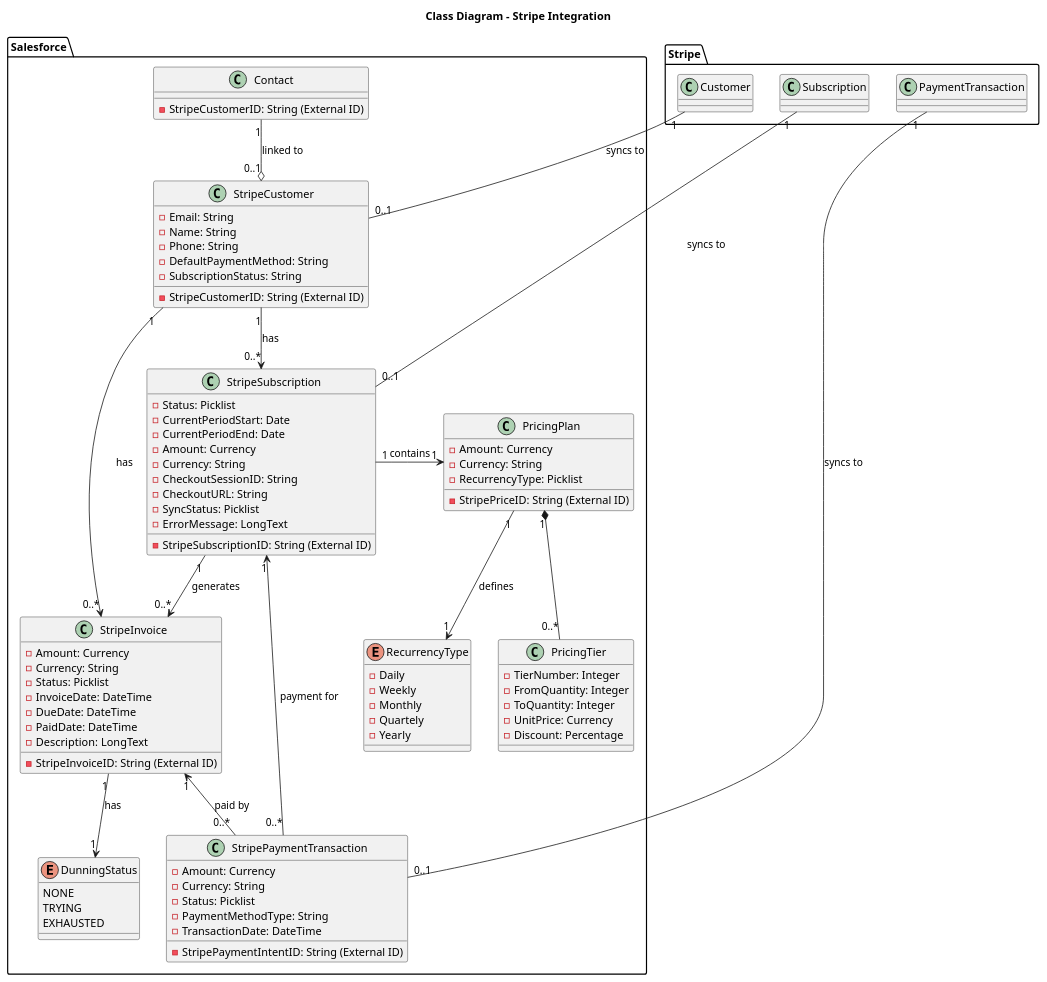
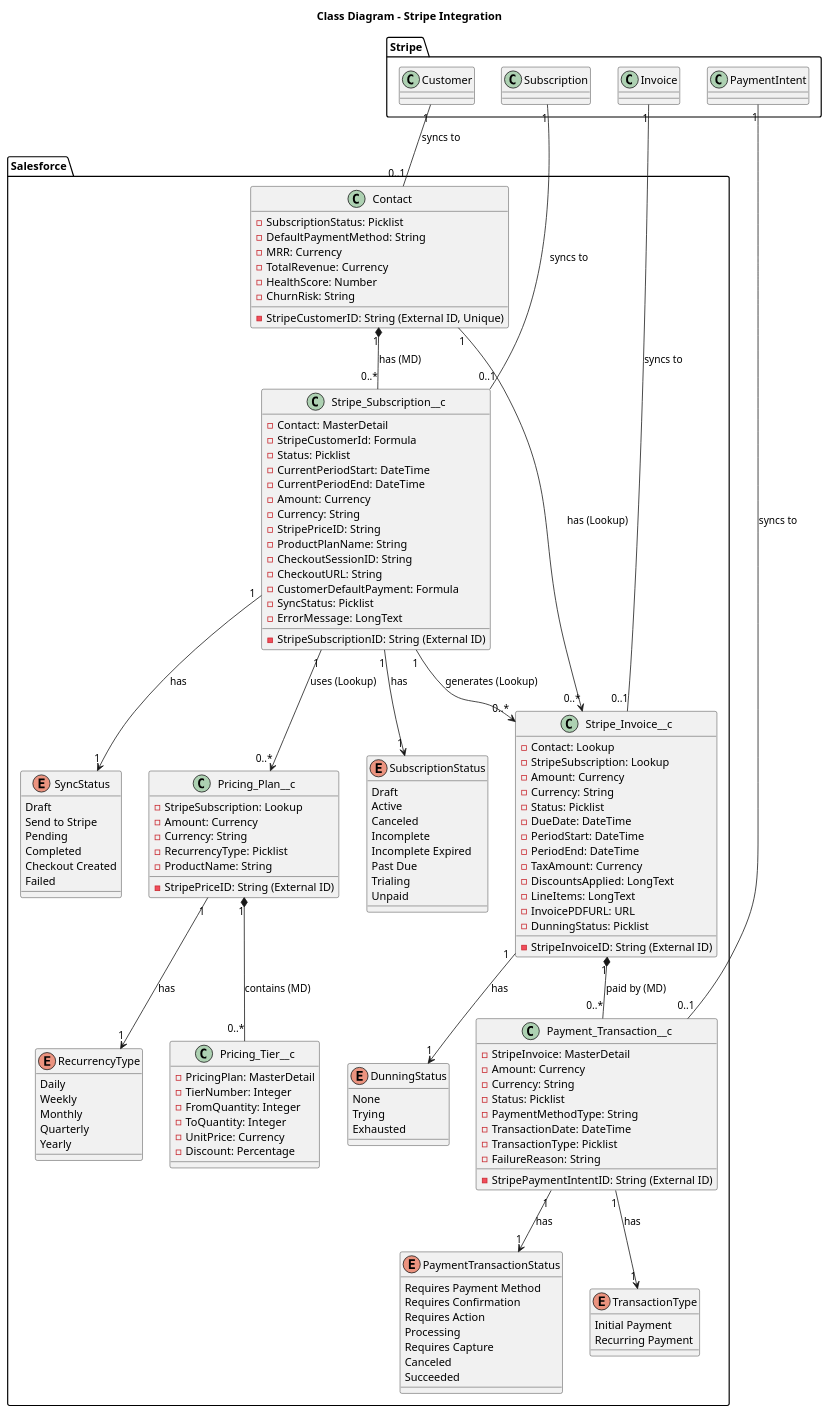
Before and after one commit to Cloud-Code-Academy/salesforce-stripe-payment-processing-mtb: the diagram in diagrams/dataModel.puml, drawn with PlantUML. The commit also changed 4 other files, not shown here.

Commit message:
add: schematics

```diff
--- a/diagrams/dataModel.puml
+++ b/diagrams/dataModel.puml
@@ -1,96 +1,158 @@
 @startuml Class Diagram
 
 title Class Diagram - Stripe Integration
 
 package Stripe{
     class Customer
     class Subscription
-    class PaymentTransaction
+    class PaymentIntent
+    class Invoice
 }
 
 package Salesforce {
     class Contact {
-        - StripeCustomerID: String (External ID)
+        - StripeCustomerID: String (External ID, Unique)
+        - SubscriptionStatus: Picklist
+        - DefaultPaymentMethod: String
+        - MRR: Currency
+        - TotalRevenue: Currency
+        - HealthScore: Number
+        - ChurnRisk: String
     }
-    class StripeCustomer {
-        - StripeCustomerID: String (External ID)
-        - Email: String
-        - Name: String
-        - Phone: String
-        - DefaultPaymentMethod: String
-        - SubscriptionStatus: String
-    }
-    class StripeSubscription {
+
+    class Stripe_Subscription__c {
         - StripeSubscriptionID: String (External ID)
+        - Contact: MasterDetail
+        - StripeCustomerId: Formula
         - Status: Picklist
-        - CurrentPeriodStart: Date
-        - CurrentPeriodEnd: Date
+        - CurrentPeriodStart: DateTime
+        - CurrentPeriodEnd: DateTime
         - Amount: Currency
         - Currency: String
+        - StripePriceID: String
+        - ProductPlanName: String
         - CheckoutSessionID: String
         - CheckoutURL: String
+        - CustomerDefaultPayment: Formula
         - SyncStatus: Picklist
         - ErrorMessage: LongText
     }
-    class StripePaymentTransaction {
+
+    class Stripe_Invoice__c {
+        - StripeInvoiceID: String (External ID)
+        - Contact: Lookup
+        - StripeSubscription: Lookup
+        - Amount: Currency
+        - Currency: String
+        - Status: Picklist
+        - DueDate: DateTime
+        - PeriodStart: DateTime
+        - PeriodEnd: DateTime
+        - TaxAmount: Currency
+        - DiscountsApplied: LongText
+        - LineItems: LongText
+        - InvoicePDFURL: URL
+        - DunningStatus: Picklist
+    }
+
+    class Payment_Transaction__c {
         - StripePaymentIntentID: String (External ID)
+        - StripeInvoice: MasterDetail
         - Amount: Currency
         - Currency: String
         - Status: Picklist
         - PaymentMethodType: String
         - TransactionDate: DateTime
+        - TransactionType: Picklist
+        - FailureReason: String
     }
-     class StripeInvoice {
-        - StripeInvoiceID: String (External ID)
-        - Amount: Currency
-        - Currency: String
-        - Status: Picklist
-        - InvoiceDate: DateTime
-        - DueDate: DateTime
-        - PaidDate: DateTime
-        - Description: LongText
-    }
-    class PricingPlan {
+
+    class Pricing_Plan__c {
         - StripePriceID: String (External ID)
+        - StripeSubscription: Lookup
         - Amount: Currency
         - Currency: String
         - RecurrencyType: Picklist
+        - ProductName: String
     }
+
     enum RecurrencyType {
-        - Daily
-        - Weekly
-        - Monthly
-        - Quartely
-        - Yearly
+        Daily
+        Weekly
+        Monthly
+        Quarterly
+        Yearly
     }
-    class PricingTier {
+
+    class Pricing_Tier__c {
+        - PricingPlan: MasterDetail
         - TierNumber: Integer
         - FromQuantity: Integer
         - ToQuantity: Integer
         - UnitPrice: Currency
         - Discount: Percentage
     }
 
+    enum SubscriptionStatus {
+        Draft
+        Active
+        Canceled
+        Incomplete
+        Incomplete Expired
+        Past Due
+        Trialing
+        Unpaid
+    }
+
     enum DunningStatus {
-        NONE
-        TRYING
-        EXHAUSTED
+        None
+        Trying
+        Exhausted
+    }
+
+    enum PaymentTransactionStatus {
+        Requires Payment Method
+        Requires Confirmation
+        Requires Action
+        Processing
+        Requires Capture
+        Canceled
+        Succeeded
+    }
+
+    enum TransactionType {
+        Initial Payment
+        Recurring Payment
+    }
+
+    enum SyncStatus {
+        Draft
+        Send to Stripe
+        Pending
+        Completed
+        Checkout Created
+        Failed
     }
 }
 
-Customer "1" -- "0..1" StripeCustomer : syncs to
-Subscription "1" -- "0..1" StripeSubscription : syncs to
-PaymentTransaction "1" -- "0..1" StripePaymentTransaction : syncs to
+' Stripe to Salesforce sync relationships
+Customer "1" -- "0..1" Contact : syncs to
+Subscription "1" -- "0..1" Stripe_Subscription__c : syncs to
+PaymentIntent "1" -- "0..1" Payment_Transaction__c : syncs to
+Invoice "1" -- "0..1" Stripe_Invoice__c : syncs to
 
-Contact "1" --o "0..1" StripeCustomer : linked to
-StripeCustomer "1" --> "0..*" StripeSubscription : has
-StripeCustomer "1" --> "0..*" StripeInvoice : has
-StripeSubscription "1" -l-> "1" PricingPlan : contains
-StripeSubscription "1" --> "0..*" StripeInvoice : generates
-StripeSubscription "1" <-- "0..*" StripePaymentTransaction : payment for
-StripeInvoice "1" --> "1" DunningStatus : has
-StripeInvoice "1" <-- "0..*" StripePaymentTransaction : paid by
-PricingPlan "1" --> "1" RecurrencyType : defines
-PricingPlan "1" *-- "0..*" PricingTier
+' Salesforce object relationships
+Contact "1" *-- "0..*" Stripe_Subscription__c : has (MD)
+Contact "1" --> "0..*" Stripe_Invoice__c : has (Lookup)
+Stripe_Subscription__c "1" --> "0..*" Stripe_Invoice__c : generates (Lookup)
+Stripe_Subscription__c "1" --> "0..*" Pricing_Plan__c : uses (Lookup)
+Stripe_Invoice__c "1" *-- "0..*" Payment_Transaction__c : paid by (MD)
+Stripe_Invoice__c "1" --> "1" DunningStatus : has
+Stripe_Subscription__c "1" --> "1" SubscriptionStatus : has
+Stripe_Subscription__c "1" --> "1" SyncStatus : has
+Payment_Transaction__c "1" --> "1" PaymentTransactionStatus : has
+Payment_Transaction__c "1" --> "1" TransactionType : has
+Pricing_Plan__c "1" --> "1" RecurrencyType : has
+Pricing_Plan__c "1" *-- "0..*" Pricing_Tier__c : contains (MD)
 
 @enduml
```
